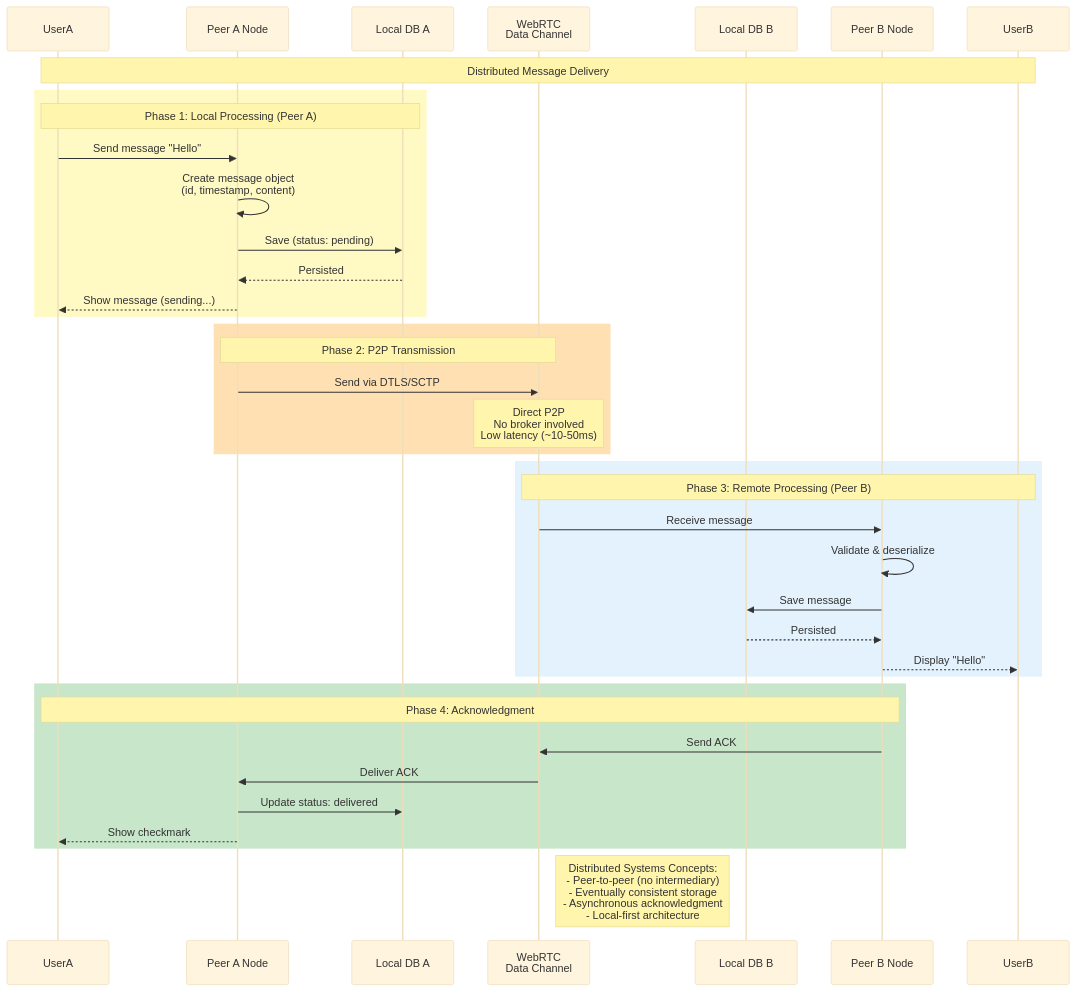
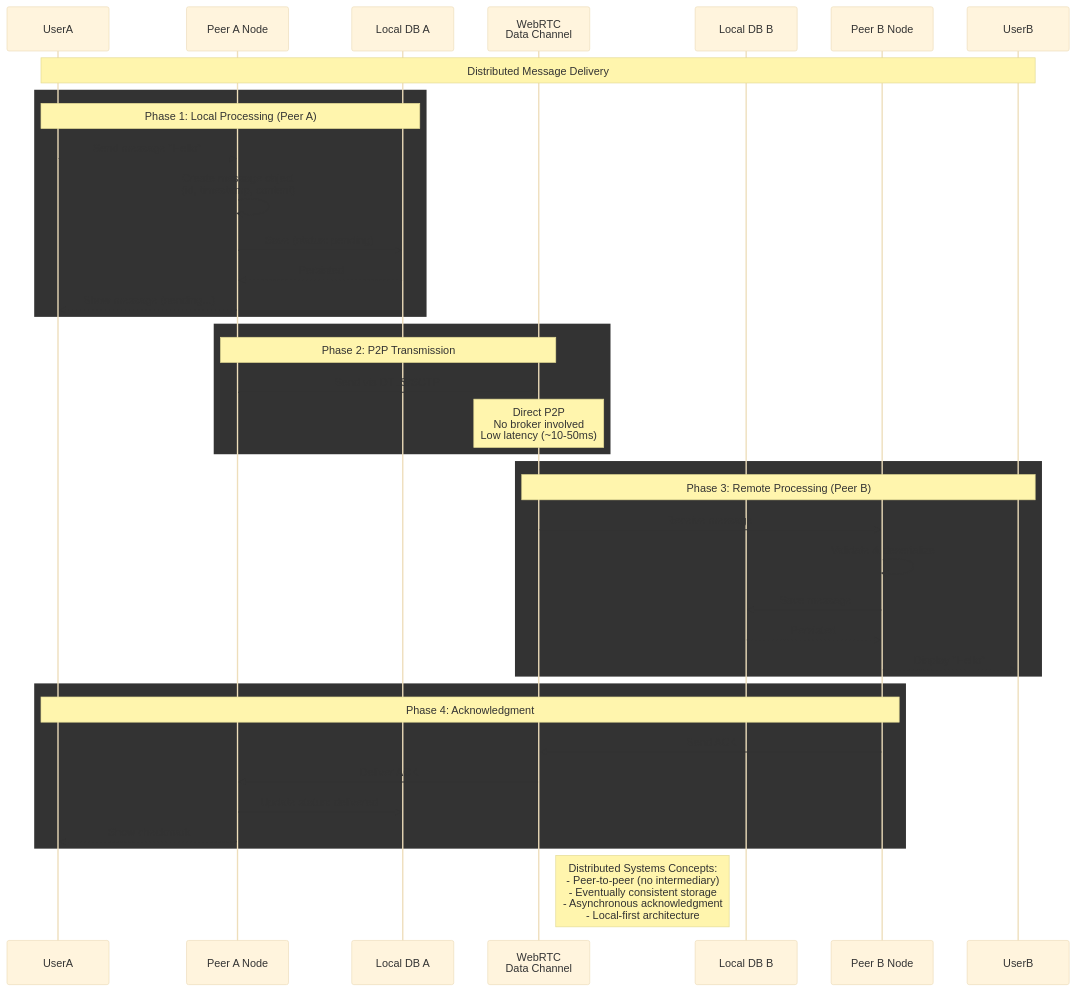
One commit to amr-kasem/distributed-systems-react-chat-peer changed the fourth of 8 diagrams in docs/sequence-diagrams.md. Above: the diagram before and after it, drawn with Mermaid (base theme). The commit also changed other lines of this file and 7 other files, not shown here.

Commit message:
solved issues with diagrams

````diff
--- a/docs/sequence-diagrams.md
+++ b/docs/sequence-diagrams.md
@@ -182,46 +182,46 @@
 ```mermaid
 sequenceDiagram
     participant UserA
     participant NodeA as Peer A Node
     participant StorageA as Local DB A
     participant DataChannel as WebRTC<br/>Data Channel
     participant StorageB as Local DB B
     participant NodeB as Peer B Node
     participant UserB
     
     Note over UserA,UserB: Distributed Message Delivery
     
-    rect rgb(255, 249, 196)
+    rect rgb("255, 249, 196")
         Note over UserA,StorageA: Phase 1: Local Processing (Peer A)
         UserA->>NodeA: Send message "Hello"
         NodeA->>NodeA: Create message object<br/>(id, timestamp, content)
         NodeA->>StorageA: Save (status: pending)
         StorageA-->>NodeA: Persisted
         NodeA-->>UserA: Show message (sending...)
     end
     
-    rect rgb(255, 224, 178)
+    rect rgb("255, 224, 178")
         Note over NodeA,DataChannel: Phase 2: P2P Transmission
         NodeA->>DataChannel: Send via DTLS/SCTP
         Note over DataChannel: Direct P2P<br/>No broker involved<br/>Low latency (~10-50ms)
     end
     
-    rect rgb(227, 242, 253)
+    rect rgb("227, 242, 253")
         Note over DataChannel,UserB: Phase 3: Remote Processing (Peer B)
         DataChannel->>NodeB: Receive message
         NodeB->>NodeB: Validate & deserialize
         NodeB->>StorageB: Save message
         StorageB-->>NodeB: Persisted
         NodeB-->>UserB: Display "Hello"
     end
     
-    rect rgb(200, 230, 201)
+    rect rgb("200, 230, 201")
         Note over NodeB,UserA: Phase 4: Acknowledgment
         NodeB->>DataChannel: Send ACK
         DataChannel->>NodeA: Deliver ACK
         NodeA->>StorageA: Update status: delivered
         NodeA-->>UserA: Show checkmark
     end
     
     Note right of DataChannel: Distributed Systems Concepts:<br/>- Peer-to-peer (no intermediary)<br/>- Eventually consistent storage<br/>- Asynchronous acknowledgment<br/>- Local-first architecture
 ```
````
